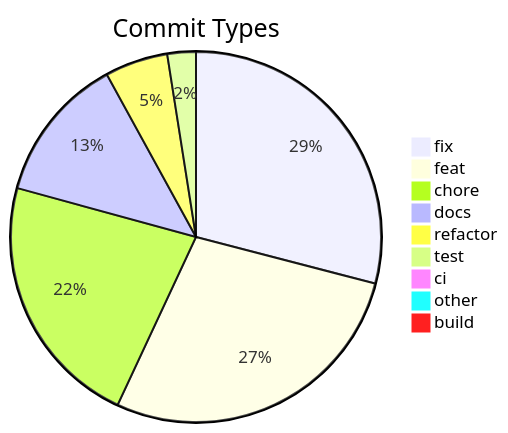
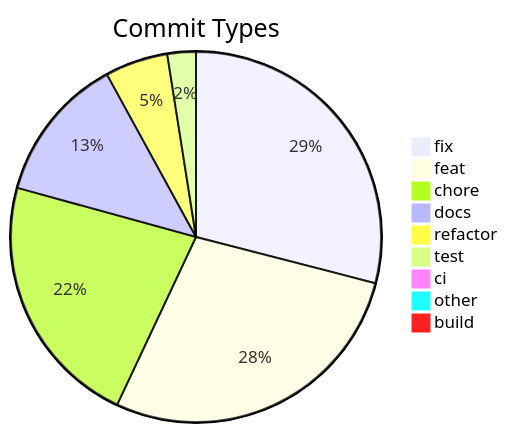
One commit to svenroth-ai/shipwright changed the diagram in .shipwright/compliance/change-history.md. Above: the diagram before and after it, drawn with Mermaid. The commit also changed other lines of this file and 22 other files, not shown here.

````diff
--- a/.shipwright/compliance/change-history.md
+++ b/.shipwright/compliance/change-history.md
@@ -8,12 +8,12 @@
 ```mermaid
 pie title Commit Types
     "fix" : 280
-    "feat" : 269
+    "feat" : 270
     "chore" : 215
     "docs" : 123
     "refactor" : 53
     "test" : 24
     "ci" : 7
     "other" : 7
     "build" : 1
 ```
````
